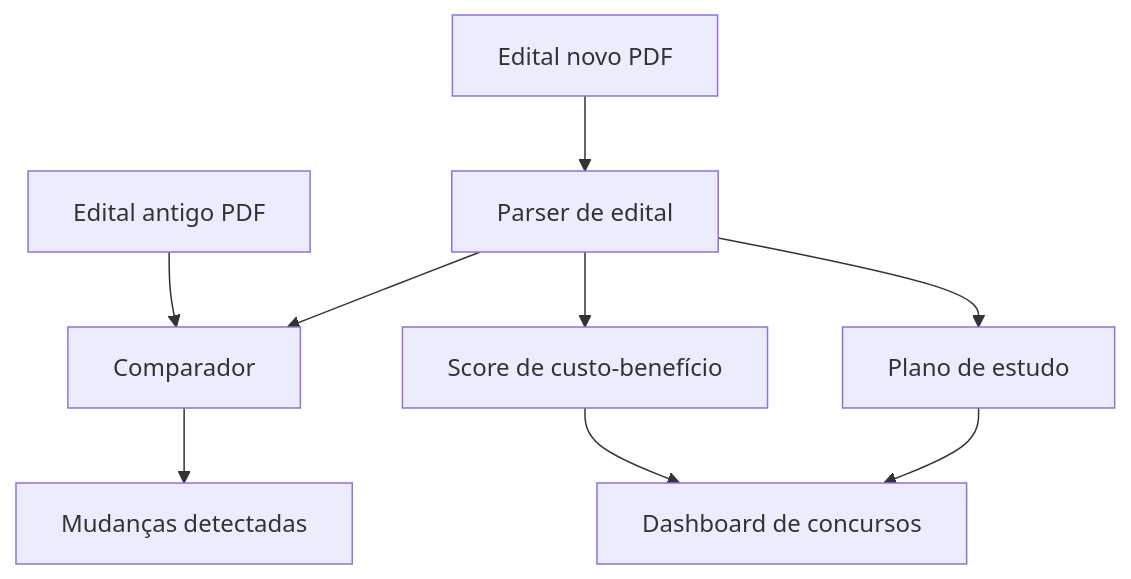
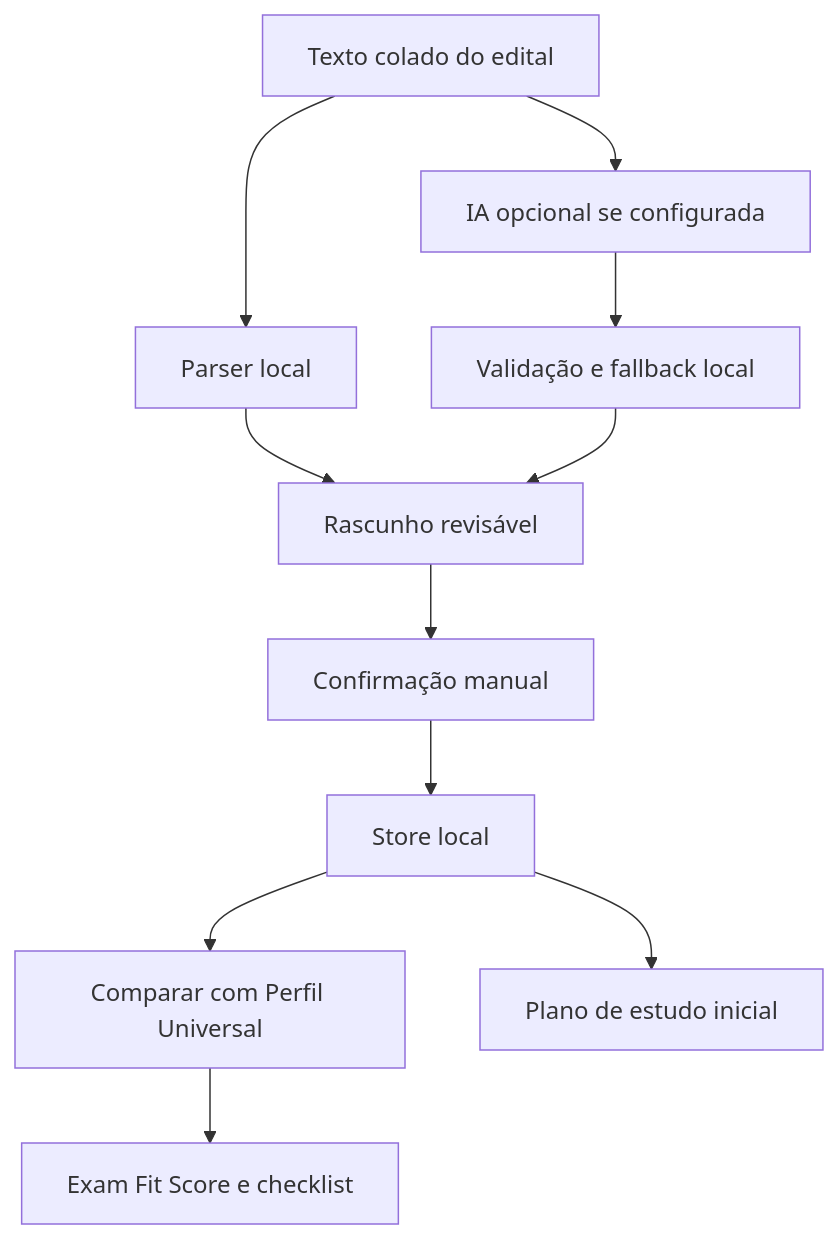
One commit to Soturine/SotuHire changed the diagram in docs/01-product/concurso-mode.md. Above: the diagram before and after it, drawn with Mermaid. The commit also changed other lines of this file and 11 other files, not shown here.

````diff
--- a/docs/01-product/concurso-mode.md
+++ b/docs/01-product/concurso-mode.md
@@ -36,11 +48,13 @@
 ```mermaid
 flowchart TD
-    A[Edital novo PDF] --> C[Parser de edital]
-    B[Edital antigo PDF] --> D[Comparador]
-    C --> D
-    D --> E[Mudanças detectadas]
-    C --> F[Score de custo-benefício]
-    C --> G[Plano de estudo]
-    F --> H[Dashboard de concursos]
-    G --> H
+    A[Texto colado do edital] --> B[Parser local]
+    A --> C[IA opcional se configurada]
+    C --> D[Validação e fallback local]
+    B --> E[Rascunho revisável]
+    D --> E
+    E --> F[Confirmação manual]
+    F --> G[Store local]
+    G --> H[Comparar com Perfil Universal]
+    H --> I[Exam Fit Score e checklist]
+    G --> J[Plano de estudo inicial]
 ```
````
